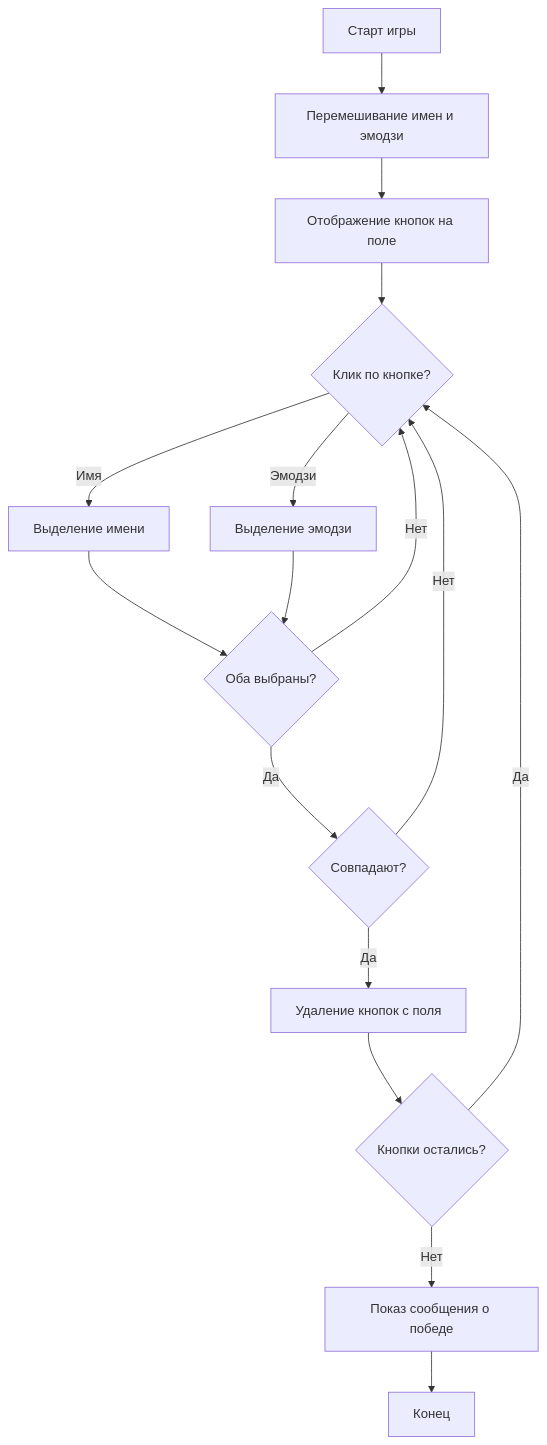
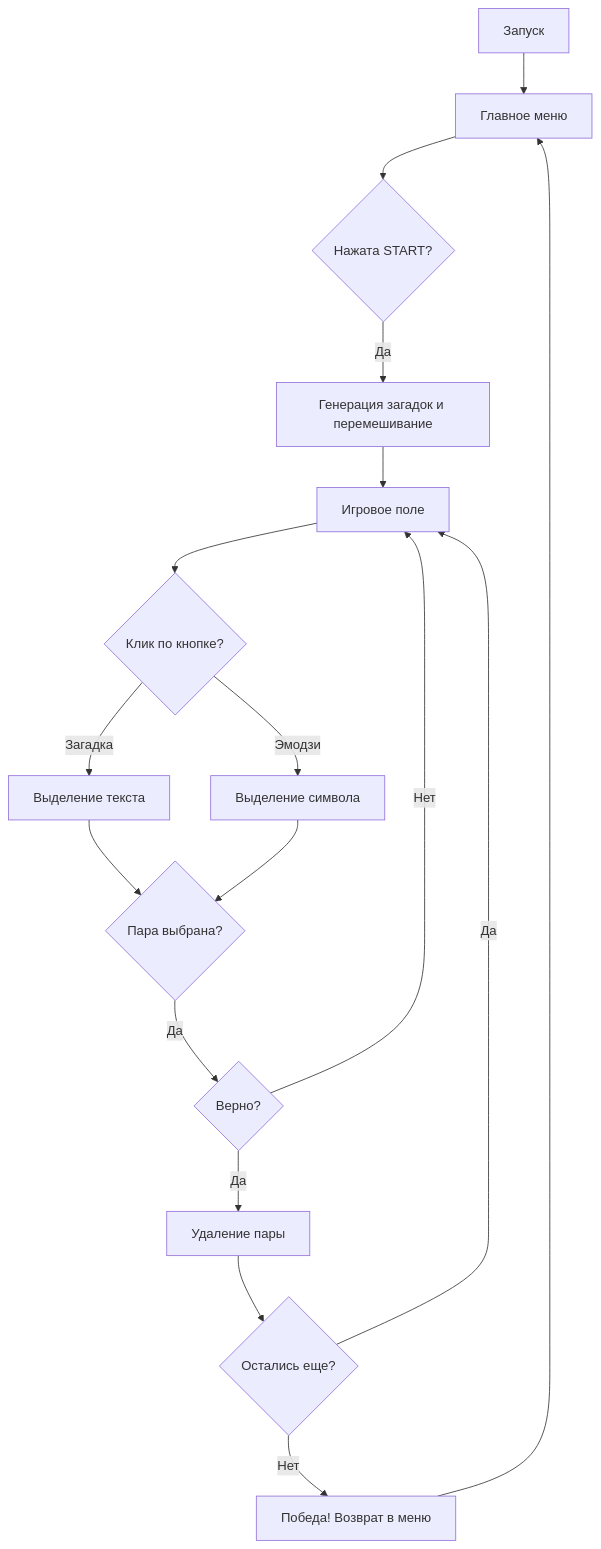
Before and after one commit to borisovivank-bot/st-valentines-day-project: the diagram in README.md, drawn with Mermaid. The commit also changed other lines of this file and 1 other file, not shown here.

Commit message:
feat: implement a main menu, riddle-based matching, and UI enhancements including a larger window and updated button styles.

````diff
--- a/README.md
+++ b/README.md
@@ -22,18 +23,19 @@
 ```mermaid
 graph TD
-    A[Старт игры] --> B[Перемешивание имен и эмодзи]
-    B --> C[Отображение кнопок на поле]
-    C --> D{Клик по кнопке?}
-    D -- Имя --> E[Выделение имени]
-    D -- Эмодзи --> F[Выделение эмодзи]
-    E --> G{Оба выбраны?}
-    F --> G
-    G -- Нет --> D
-    G -- Да --> H{Совпадают?}
-    H -- Нет --> D
-    H -- Да --> I[Удаление кнопок с поля]
-    I --> J{Кнопки остались?}
-    J -- Да --> D
-    J -- Нет --> K[Показ сообщения о победе]
-    K --> L[Конец]
+    A[Запуск] --> B[Главное меню]
+    B --> C{Нажата START?}
+    C -- Да --> D[Генерация загадок и перемешивание]
+    D --> E[Игровое поле]
+    E --> F{Клик по кнопке?}
+    F -- Загадка --> G[Выделение текста]
+    F -- Эмодзи --> H[Выделение символа]
+    G --> I{Пара выбрана?}
+    H --> I
+    I -- Да --> J{Верно?}
+    J -- Да --> K[Удаление пары]
+    J -- Нет --> E
+    K --> L{Остались еще?}
+    L -- Нет --> M[Победа! Возврат в меню]
+    L -- Да --> E
+    M --> B
 ```
````
